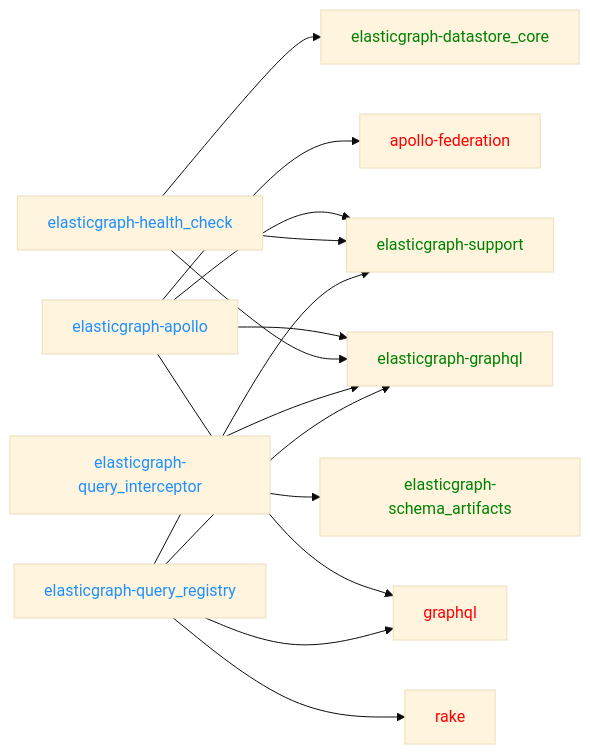
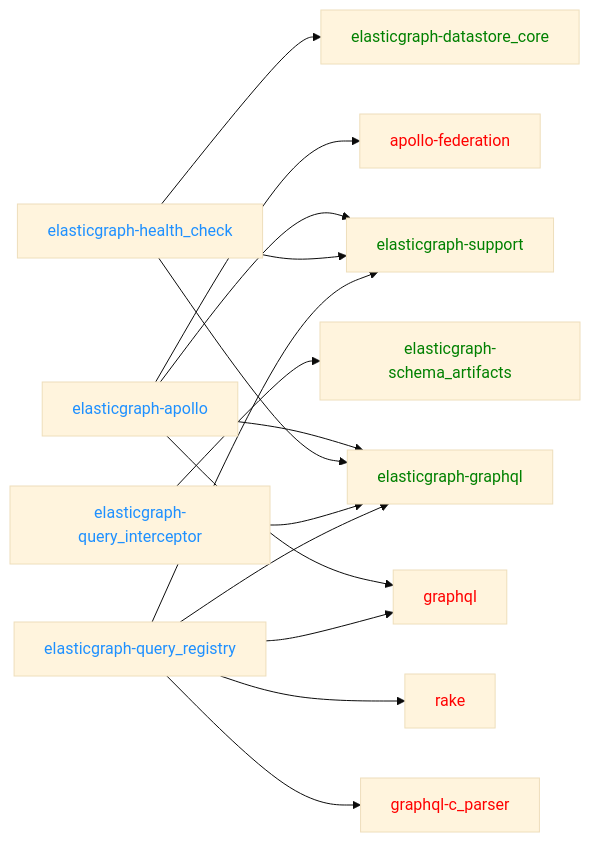
The third of 5 diagrams in CODEBASE_OVERVIEW.md (ciaran51/elasticgraph), drawn with Mermaid (base theme) before and after one commit. The commit also changed other lines of this file and 13 other files, not shown here.

First line of the commit message:
Use `graphql-c_parser` for faster parsing. (#491)

````diff
--- a/CODEBASE_OVERVIEW.md
+++ b/CODEBASE_OVERVIEW.md
@@ -107,21 +109,23 @@
 ```mermaid
 graph LR;
     elasticgraph-apollo --> elasticgraph-graphql & elasticgraph-support & graphql & apollo-federation
     elasticgraph-health_check --> elasticgraph-datastore_core & elasticgraph-graphql & elasticgraph-support
     elasticgraph-query_interceptor --> elasticgraph-graphql & elasticgraph-schema_artifacts
-    elasticgraph-query_registry --> elasticgraph-graphql & elasticgraph-support & graphql & rake
+    elasticgraph-query_registry --> elasticgraph-graphql & elasticgraph-support & graphql & graphql-c_parser & rake
     style elasticgraph-apollo color: DodgerBlue;
     style elasticgraph-health_check color: DodgerBlue;
     style elasticgraph-query_interceptor color: DodgerBlue;
     style elasticgraph-query_registry color: DodgerBlue;
     style elasticgraph-graphql color: Green;
     style elasticgraph-support color: Green;
     style graphql color: Red;
     style apollo-federation color: Red;
     style elasticgraph-datastore_core color: Green;
     style elasticgraph-schema_artifacts color: Green;
+    style graphql-c_parser color: Red;
     style rake color: Red;
 click apollo-federation href "https://rubygems.org/gems/apollo-federation"
 click graphql href "https://rubygems.org/gems/graphql"
+click graphql-c_parser href "https://rubygems.org/gems/graphql-c_parser"
 click rake href "https://rubygems.org/gems/rake"
 ```
````
